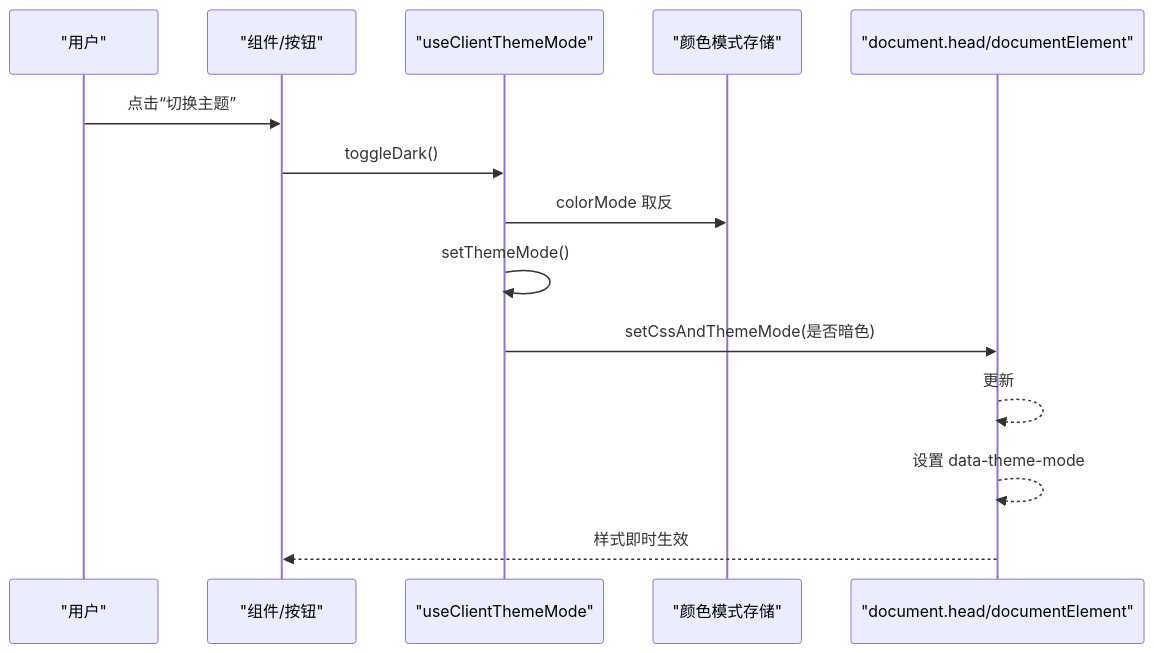
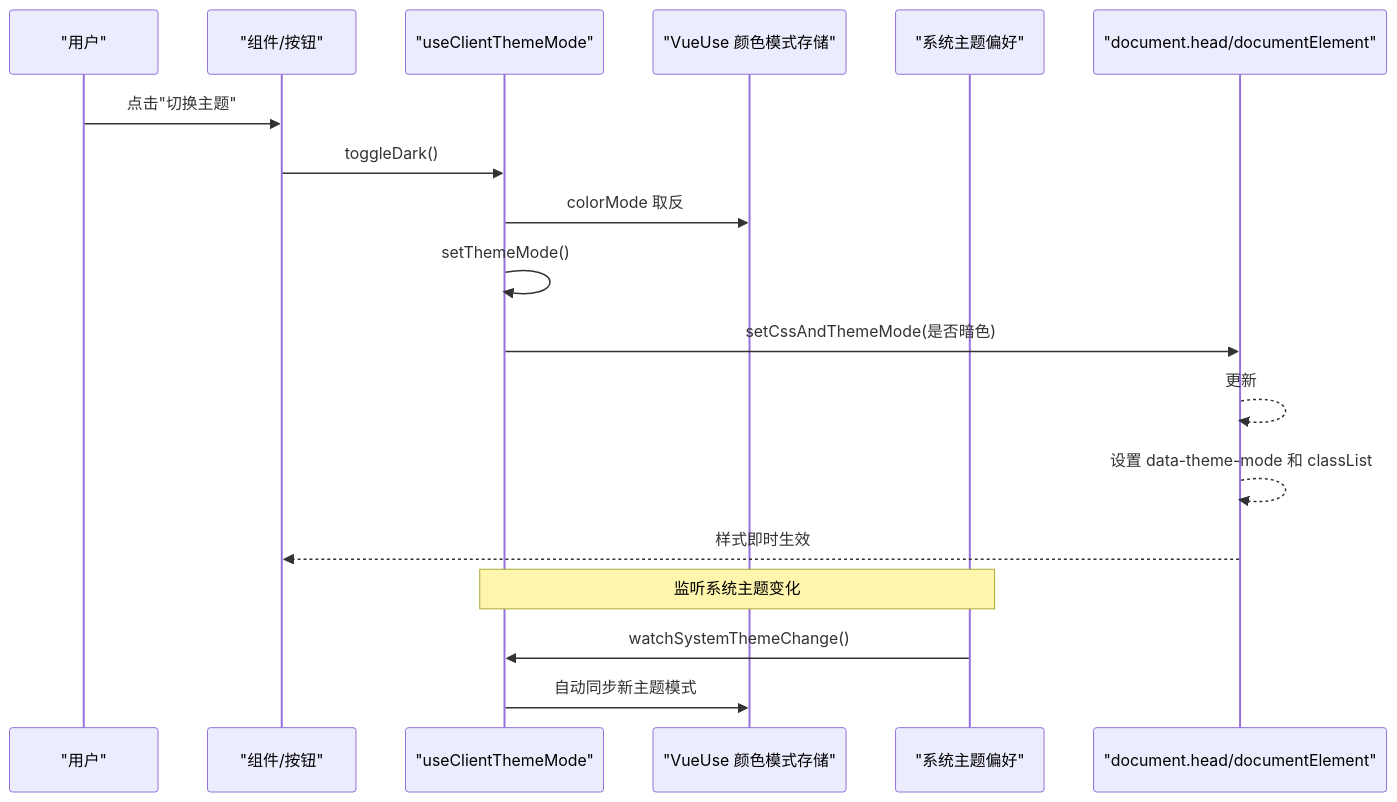
One commit to terwer/siyuan-plugin-blog changed the second of 4 diagrams in .qoder/repowiki/zh/content/核心功能/主题系统/主题切换机制.md. Above: the diagram before and after it, drawn with Mermaid. The commit also changed other lines of this file and 3 other files, not shown here.

````diff
--- a/.qoder/repowiki/zh/content/核心功能/主题系统/主题切换机制.md
+++ b/.qoder/repowiki/zh/content/核心功能/主题系统/主题切换机制.md
@@ -94,16 +100,20 @@
 ```mermaid
 sequenceDiagram
 participant U as "用户"
 participant UI as "组件/按钮"
 participant Hook as "useClientThemeMode"
-participant Store as "颜色模式存储"
+participant Store as "VueUse 颜色模式存储"
+participant System as "系统主题偏好"
 participant DOM as "document.head/documentElement"
-U->>UI : 点击“切换主题”
+U->>UI : 点击"切换主题"
 UI->>Hook : toggleDark()
 Hook->>Store : colorMode 取反
 Hook->>Hook : setThemeMode()
 Hook->>DOM : setCssAndThemeMode(是否暗色)
 DOM-->>DOM : 更新 #themeDefaultStyle/#themeStyle/#protyleHljsStyle href
-DOM-->>DOM : 设置 data-theme-mode
+DOM-->>DOM : 设置 data-theme-mode 和 classList
 DOM-->>UI : 样式即时生效
+Note over System,Hook : 监听系统主题变化
+System->>Hook : watchSystemThemeChange()
+Hook->>Store : 自动同步新主题模式
 ```
````
